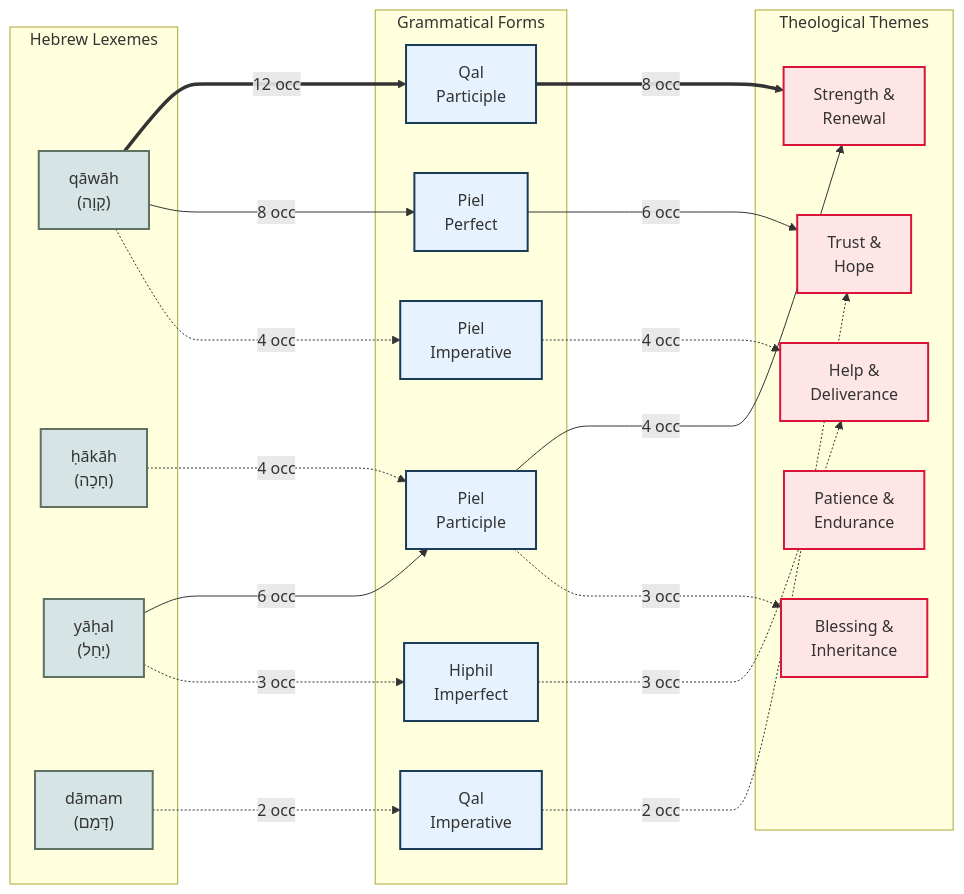
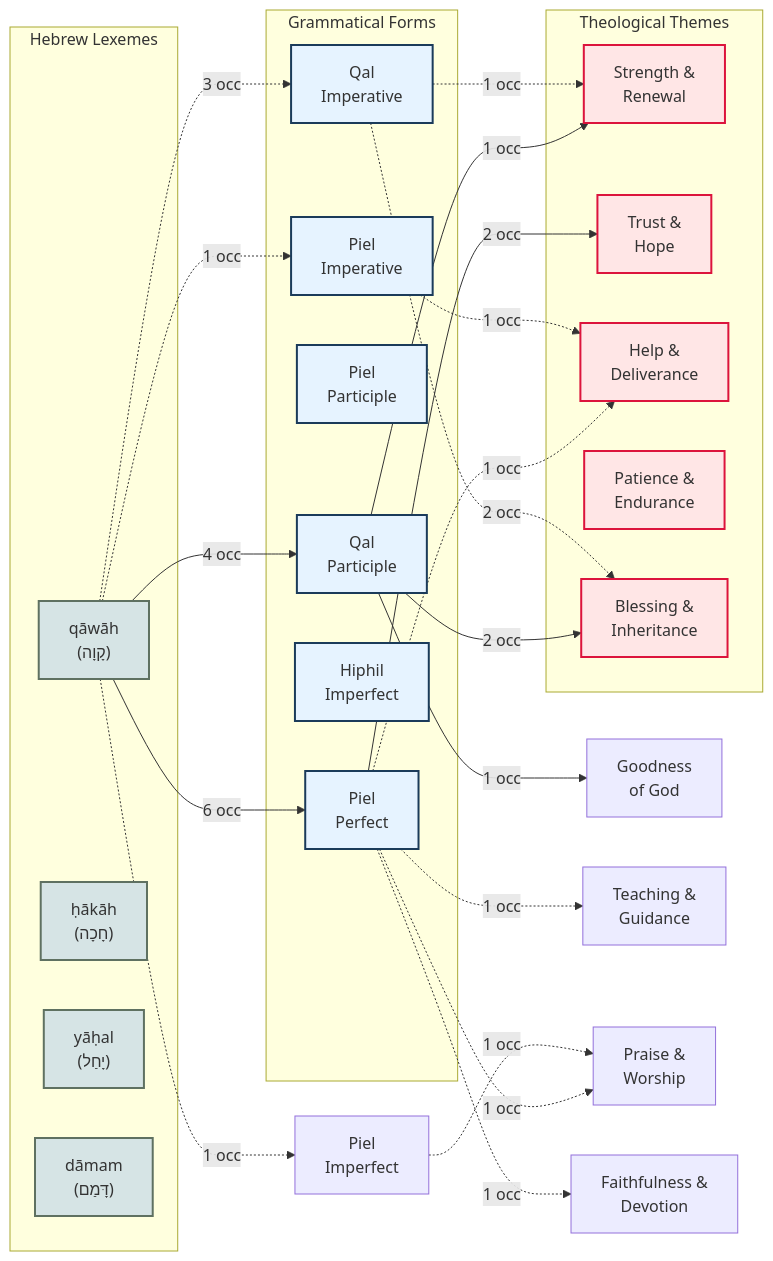
Before and after one commit to shmahon/waiting-on-the-lord: the diagram in study/diagrams/option-c-sankey-flow.md, drawn with Mermaid. The commit also changed other lines of this file and 1 other file, not shown here.

First line of the commit message:
Fix Option C diagram with accurate occurrence counts from source data

````diff
--- a/study/diagrams/option-c-sankey-flow.md
+++ b/study/diagrams/option-c-sankey-flow.md
@@ -5,68 +5,69 @@
 ```mermaid
 graph LR
     subgraph Hebrew["Hebrew Lexemes"]
         Q["qāwāh<br/>(קָוָה)"]
         H["ḥākāh<br/>(חָכָה)"]
         Y["yāḥal<br/>(יָחַל)"]
         D["dāmam<br/>(דָּמַם)"]
     end
 
     subgraph Forms["Grammatical Forms"]
         QP["Qal<br/>Participle"]
         PPf["Piel<br/>Perfect"]
         PPa["Piel<br/>Participle"]
         PImP["Piel<br/>Imperative"]
         HI["Hiphil<br/>Imperfect"]
         QI["Qal<br/>Imperative"]
     end
 
     subgraph Themes["Theological Themes"]
         SR["Strength &<br/>Renewal"]
         TH["Trust &<br/>Hope"]
         HD["Help &<br/>Deliverance"]
         PE["Patience &<br/>Endurance"]
         BI["Blessing &<br/>Inheritance"]
     end
 
-    %% THICK LINES = Strong Pattern (8+ occurrences)
-    Q ====>|"12 occ"| QP
-    QP ====>|"8 occ"| SR
+    %% MEDIUM LINES = Moderate Pattern (4-6 occurrences)
+    Q -->|"6 occ"| PPf
+    PPf -->|"2 occ"| TH
 
-    %% MEDIUM LINES = Moderate Pattern (4-7 occurrences)
-    Q -->|"8 occ"| PPf
-    PPf -->|"6 occ"| TH
-
-    Y -->|"6 occ"| PPa
-    PPa -->|"4 occ"| SR
+    Q -->|"4 occ"| QP
+    QP -->|"1 occ"| SR
+    QP -->|"2 occ"| BI
+    QP -->|"1 occ"| GG["Goodness<br/>of God"]
 
     %% THIN LINES = Weak Pattern (1-3 occurrences)
-    Q -.->|"4 occ"| PImP
-    PImP -.->|"4 occ"| HD
+    Q -.->|"3 occ"| QI
+    QI -.->|"1 occ"| SR
+    QI -.->|"2 occ"| BI
 
-    H -.->|"4 occ"| PPa
-    PPa -.->|"3 occ"| BI
+    PPf -.->|"1 occ"| HD
+    PPf -.->|"1 occ"| TG["Teaching &<br/>Guidance"]
+    PPf -.->|"1 occ"| PW["Praise &<br/>Worship"]
+    PPf -.->|"1 occ"| FD["Faithfulness &<br/>Devotion"]
 
-    Y -.->|"3 occ"| HI
-    HI -.->|"3 occ"| HD
+    Q -.->|"1 occ"| PImP
+    PImP -.->|"1 occ"| HD
 
-    D -.->|"2 occ"| QI
-    QI -.->|"2 occ"| TH
+    Q -.->|"1 occ"| PImp["Piel<br/>Imperfect"]
+    PImp -.->|"1 occ"| PW
 
     style Q fill:#D6E4E5,stroke:#5F7161,stroke-width:2px
     style H fill:#D6E4E5,stroke:#5F7161,stroke-width:2px
     style Y fill:#D6E4E5,stroke:#5F7161,stroke-width:2px
     style D fill:#D6E4E5,stroke:#5F7161,stroke-width:2px
 
     style QP fill:#E6F3FF,stroke:#1B3B5A,stroke-width:2px
     style PPf fill:#E6F3FF,stroke:#1B3B5A,stroke-width:2px
     style PPa fill:#E6F3FF,stroke:#1B3B5A,stroke-width:2px
     style PImP fill:#E6F3FF,stroke:#1B3B5A,stroke-width:2px
     style HI fill:#E6F3FF,stroke:#1B3B5A,stroke-width:2px
     style QI fill:#E6F3FF,stroke:#1B3B5A,stroke-width:2px
 
     style SR fill:#FFE6E6,stroke:#DC143C,stroke-width:2px
     style TH fill:#FFE6E6,stroke:#DC143C,stroke-width:2px
     style HD fill:#FFE6E6,stroke:#DC143C,stroke-width:2px
     style PE fill:#FFE6E6,stroke:#DC143C,stroke-width:2px
     style BI fill:#FFE6E6,stroke:#DC143C,stroke-width:2px
 ```
````
